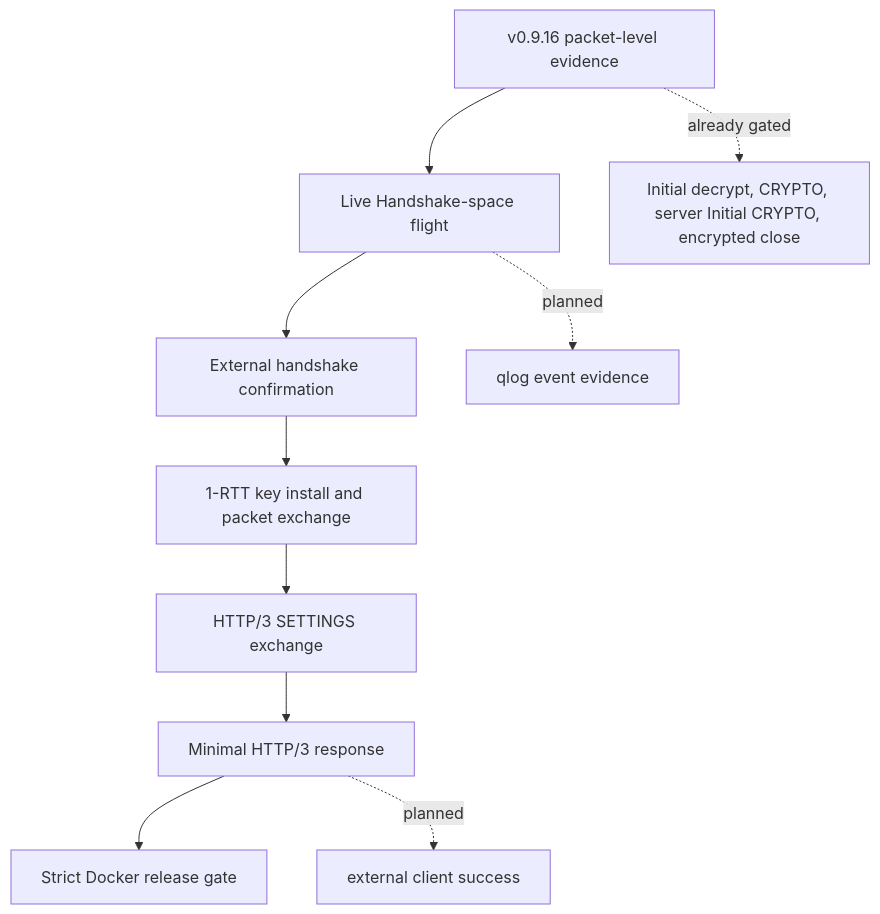
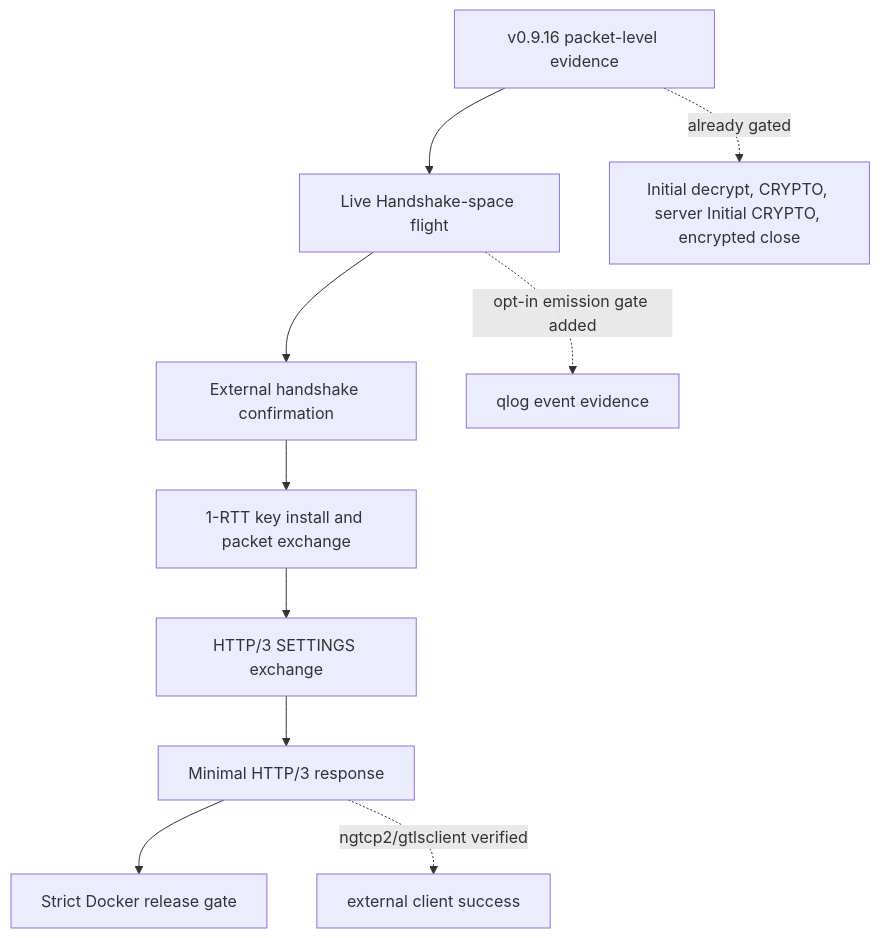
One commit to GhostKellz/zquic changed the diagram in docs/project/release-plan-v0-9-17.md. Above: the diagram before and after it, drawn with Mermaid. The commit also changed other lines of this file and 69 other files, not shown here.

````diff
--- a/docs/project/release-plan-v0-9-17.md
+++ b/docs/project/release-plan-v0-9-17.md
@@ -16,14 +16,14 @@
 ```mermaid
 flowchart TD
     current["v0.9.16 packet-level evidence"]
     current --> hsflight["Live Handshake-space flight"]
     hsflight --> hsconfirm["External handshake confirmation"]
     hsconfirm --> keys["1-RTT key install and packet exchange"]
     keys --> h3settings["HTTP/3 SETTINGS exchange"]
     h3settings --> response["Minimal HTTP/3 response"]
     response --> gate["Strict Docker release gate"]
 
     current -. "already gated" .-> initial["Initial decrypt, CRYPTO, server Initial CRYPTO, encrypted close"]
-    hsflight -. "planned" .-> qlog["qlog event evidence"]
-    response -. "planned" .-> interop["external client success"]
+    hsflight -. "opt-in emission gate added" .-> qlog["qlog event evidence"]
+    response -. "ngtcp2/gtlsclient verified" .-> interop["external client success"]
 ```
````
